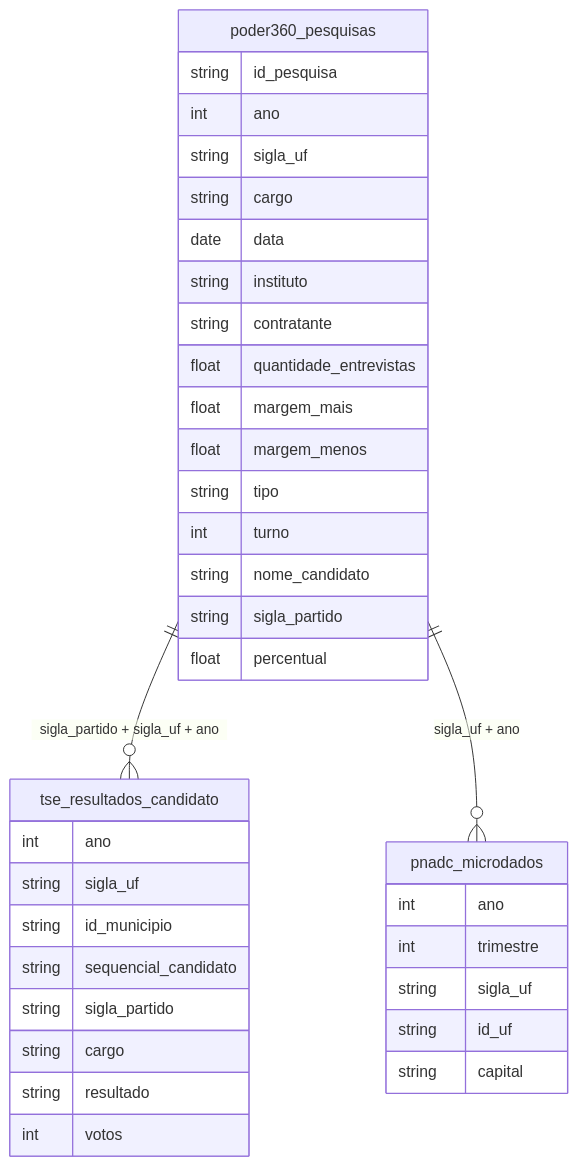
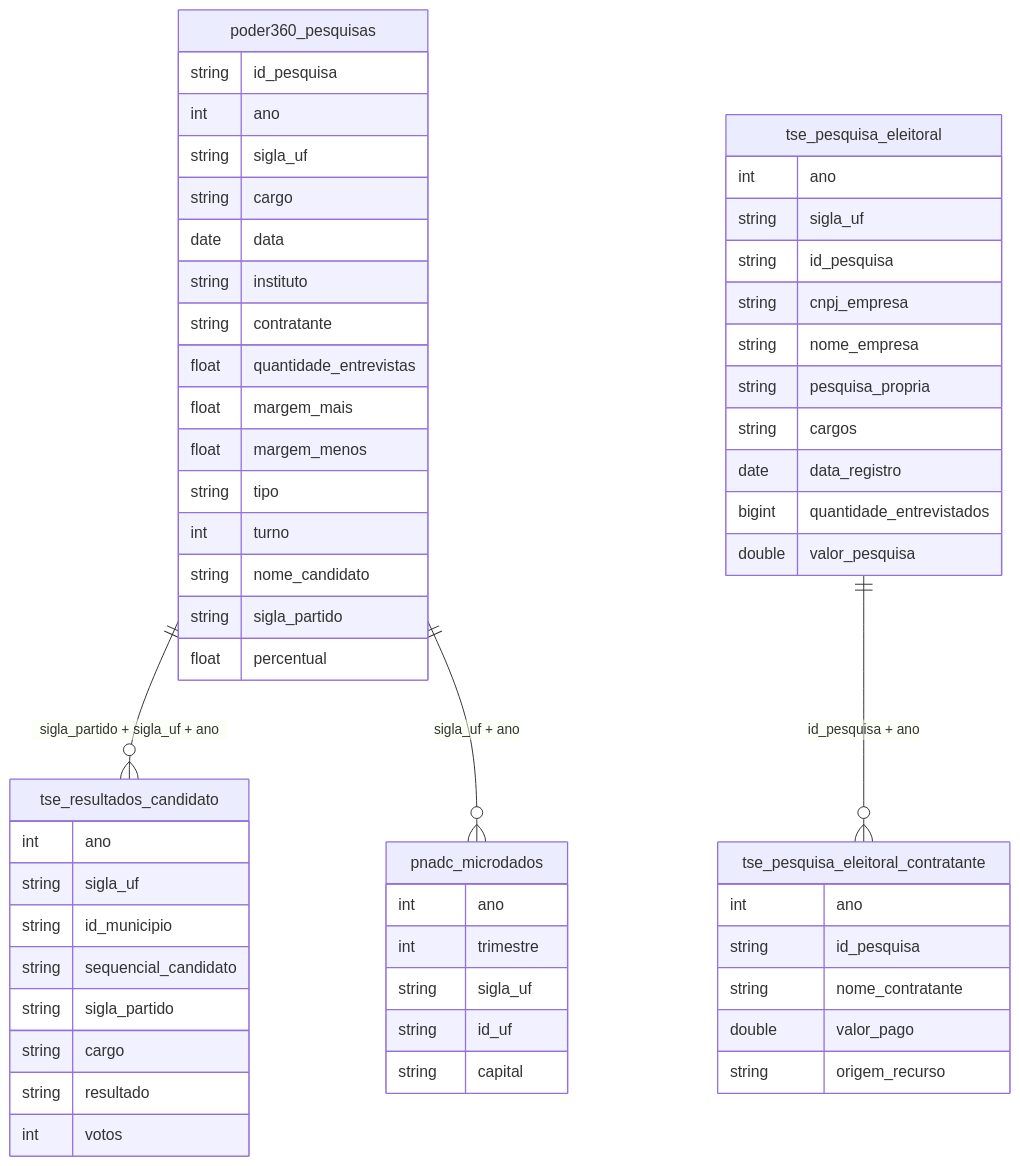
One commit to rafapolo/rodado changed the diagram in docs/mapa/overview/27_pesquisas_opiniao.md. Above: the diagram before and after it, drawn with Mermaid. The commit also changed other lines of this file and 135 other files, not shown here.

````diff
--- a/docs/mapa/overview/27_pesquisas_opiniao.md
+++ b/docs/mapa/overview/27_pesquisas_opiniao.md
@@ -2,39 +2,59 @@
 ```mermaid
 erDiagram
     poder360_pesquisas {
         string id_pesquisa
         int ano
         string sigla_uf
         string cargo
         date data
         string instituto
         string contratante
         float quantidade_entrevistas
         float margem_mais
         float margem_menos
         string tipo
         int turno
         string nome_candidato
         string sigla_partido
         float percentual
     }
     tse_resultados_candidato {
         int ano
         string sigla_uf
         string id_municipio
         string sequencial_candidato
         string sigla_partido
         string cargo
         string resultado
         int votos
     }
     pnadc_microdados {
         int ano
         int trimestre
         string sigla_uf
         string id_uf
         string capital
     }
+    tse_pesquisa_eleitoral {
+        int ano
+        string sigla_uf
+        string id_pesquisa
+        string cnpj_empresa
+        string nome_empresa
+        string pesquisa_propria
+        string cargos
+        date data_registro
+        bigint quantidade_entrevistados
+        double valor_pesquisa
+    }
+    tse_pesquisa_eleitoral_contratante {
+        int ano
+        string id_pesquisa
+        string nome_contratante
+        double valor_pago
+        string origem_recurso
+    }
     poder360_pesquisas ||--o{ tse_resultados_candidato : "sigla_partido + sigla_uf + ano"
     poder360_pesquisas ||--o{ pnadc_microdados : "sigla_uf + ano"
+    tse_pesquisa_eleitoral ||--o{ tse_pesquisa_eleitoral_contratante : "id_pesquisa + ano"
 ```
````
